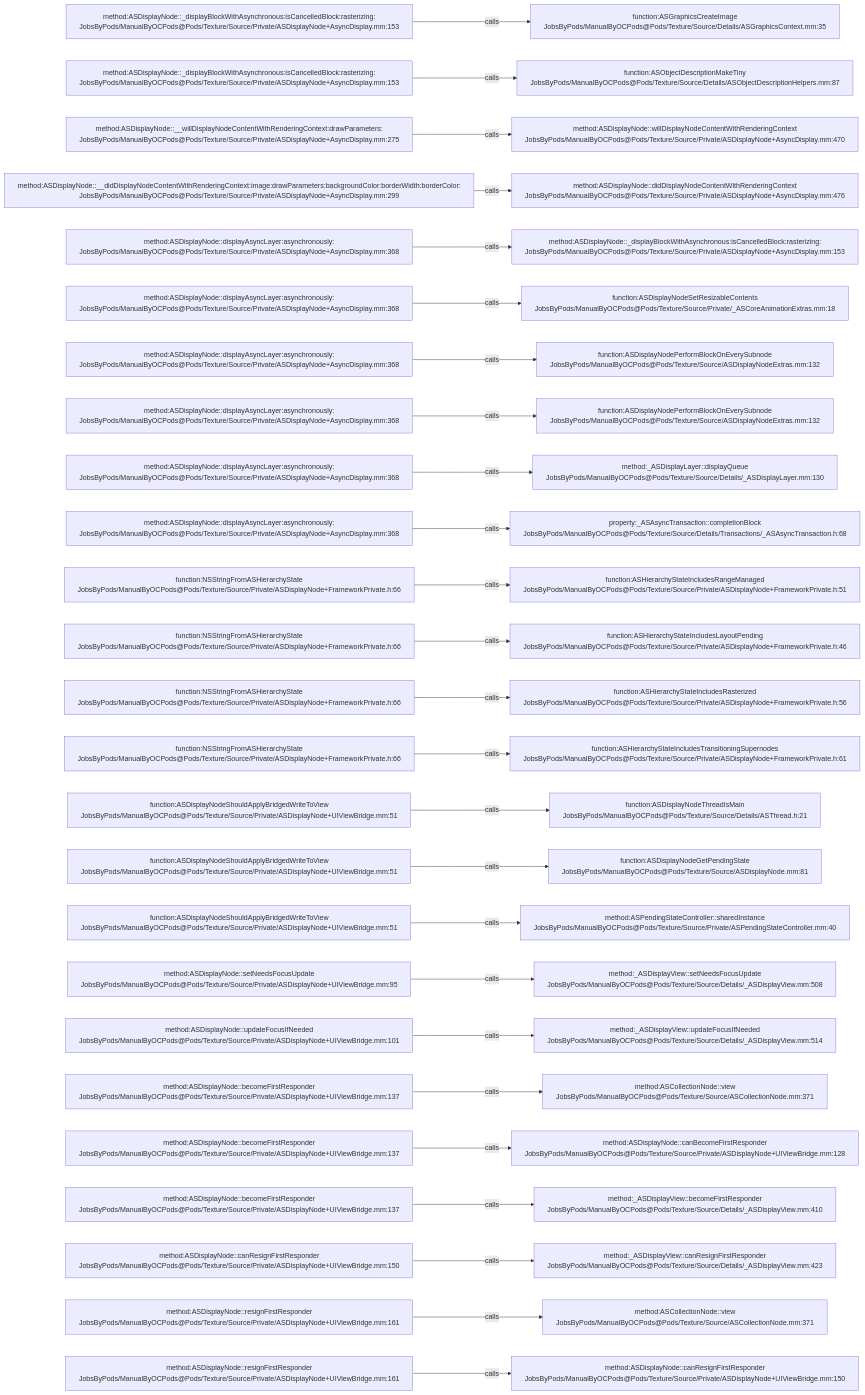
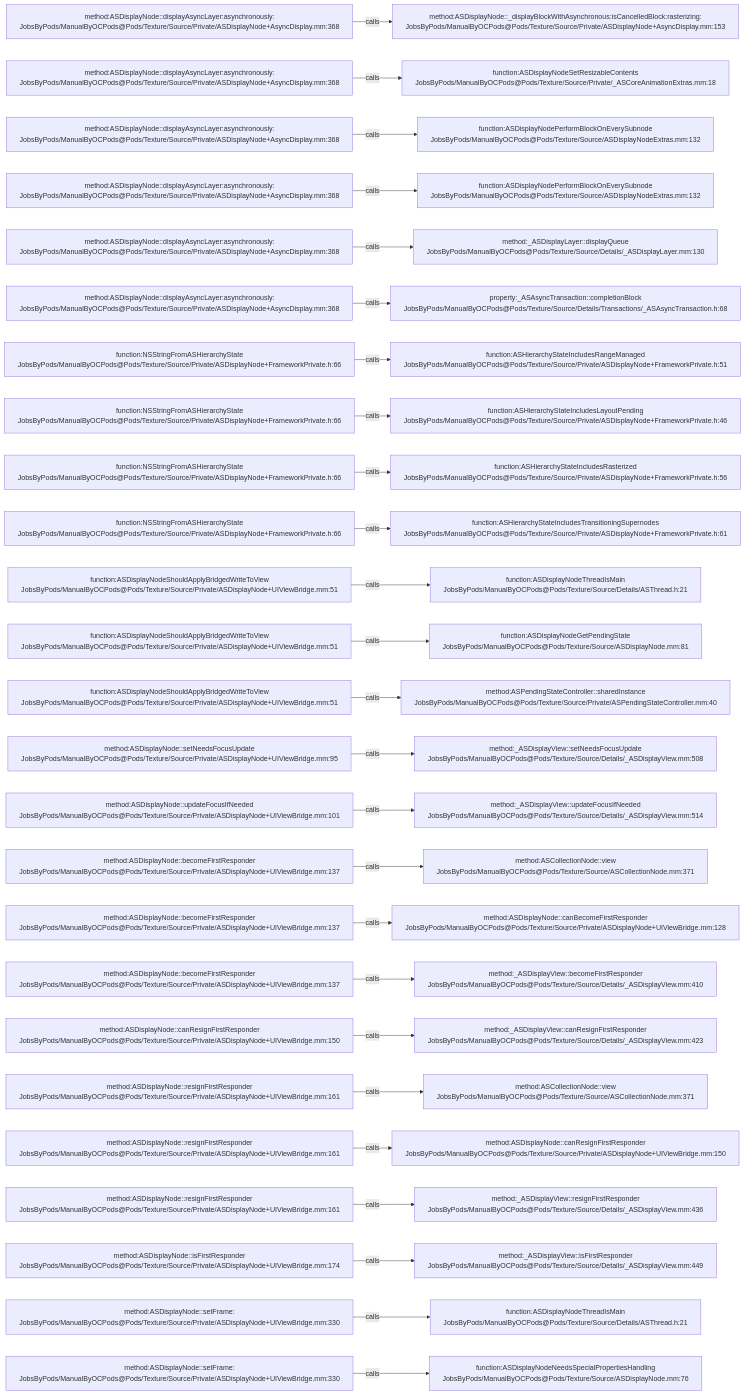
The diagram in .codegraph/codegraph.md/graphs/calls-185.md (JobsKits/JobsOCBaseConfigDemo), drawn with Mermaid before and after one commit. The commit also changed 727 other files, not shown here.

````diff
--- a/.codegraph/codegraph.md/graphs/calls-185.md
+++ b/.codegraph/codegraph.md/graphs/calls-185.md
@@ -13,78 +13,78 @@
 ```mermaid
 flowchart LR
-  S1["method:ASDisplayNode::_displayBlockWithAsynchronous:isCancelledBlock:rasterizing:<br/>JobsByPods/ManualByOCPods@Pods/Texture/Source/Private/ASDisplayNode+AsyncDisplay.mm:153"]
-  T1["function:ASGraphicsCreateImage<br/>JobsByPods/ManualByOCPods@Pods/Texture/Source/Details/ASGraphicsContext.mm:35"]
+  S1["method:ASDisplayNode::displayAsyncLayer:asynchronously:<br/>JobsByPods/ManualByOCPods@Pods/Texture/Source/Private/ASDisplayNode+AsyncDisplay.mm:368"]
+  T1["method:ASDisplayNode::_displayBlockWithAsynchronous:isCancelledBlock:rasterizing:<br/>JobsByPods/ManualByOCPods@Pods/Texture/Source/Private/ASDisplayNode+AsyncDisplay.mm:153"]
   S1 -->|calls| T1
-  S2["method:ASDisplayNode::_displayBlockWithAsynchronous:isCancelledBlock:rasterizing:<br/>JobsByPods/ManualByOCPods@Pods/Texture/Source/Private/ASDisplayNode+AsyncDisplay.mm:153"]
-  T2["function:ASObjectDescriptionMakeTiny<br/>JobsByPods/ManualByOCPods@Pods/Texture/Source/Details/ASObjectDescriptionHelpers.mm:87"]
+  S2["method:ASDisplayNode::displayAsyncLayer:asynchronously:<br/>JobsByPods/ManualByOCPods@Pods/Texture/Source/Private/ASDisplayNode+AsyncDisplay.mm:368"]
+  T2["function:ASDisplayNodeSetResizableContents<br/>JobsByPods/ManualByOCPods@Pods/Texture/Source/Private/_ASCoreAnimationExtras.mm:18"]
   S2 -->|calls| T2
-  S3["method:ASDisplayNode::__willDisplayNodeContentWithRenderingContext:drawParameters:<br/>JobsByPods/ManualByOCPods@Pods/Texture/Source/Private/ASDisplayNode+AsyncDisplay.mm:275"]
-  T3["method:ASDisplayNode::willDisplayNodeContentWithRenderingContext<br/>JobsByPods/ManualByOCPods@Pods/Texture/Source/Private/ASDisplayNode+AsyncDisplay.mm:470"]
+  S3["method:ASDisplayNode::displayAsyncLayer:asynchronously:<br/>JobsByPods/ManualByOCPods@Pods/Texture/Source/Private/ASDisplayNode+AsyncDisplay.mm:368"]
+  T3["function:ASDisplayNodePerformBlockOnEverySubnode<br/>JobsByPods/ManualByOCPods@Pods/Texture/Source/ASDisplayNodeExtras.mm:132"]
   S3 -->|calls| T3
-  S4["method:ASDisplayNode::__didDisplayNodeContentWithRenderingContext:image:drawParameters:backgroundColor:borderWidth:borderColor:<br/>JobsByPods/ManualByOCPods@Pods/Texture/Source/Private/ASDisplayNode+AsyncDisplay.mm:299"]
-  T4["method:ASDisplayNode::didDisplayNodeContentWithRenderingContext<br/>JobsByPods/ManualByOCPods@Pods/Texture/Source/Private/ASDisplayNode+AsyncDisplay.mm:476"]
+  S4["method:ASDisplayNode::displayAsyncLayer:asynchronously:<br/>JobsByPods/ManualByOCPods@Pods/Texture/Source/Private/ASDisplayNode+AsyncDisplay.mm:368"]
+  T4["function:ASDisplayNodePerformBlockOnEverySubnode<br/>JobsByPods/ManualByOCPods@Pods/Texture/Source/ASDisplayNodeExtras.mm:132"]
   S4 -->|calls| T4
   S5["method:ASDisplayNode::displayAsyncLayer:asynchronously:<br/>JobsByPods/ManualByOCPods@Pods/Texture/Source/Private/ASDisplayNode+AsyncDisplay.mm:368"]
-  T5["method:ASDisplayNode::_displayBlockWithAsynchronous:isCancelledBlock:rasterizing:<br/>JobsByPods/ManualByOCPods@Pods/Texture/Source/Private/ASDisplayNode+AsyncDisplay.mm:153"]
+  T5["method:_ASDisplayLayer::displayQueue<br/>JobsByPods/ManualByOCPods@Pods/Texture/Source/Details/_ASDisplayLayer.mm:130"]
   S5 -->|calls| T5
   S6["method:ASDisplayNode::displayAsyncLayer:asynchronously:<br/>JobsByPods/ManualByOCPods@Pods/Texture/Source/Private/ASDisplayNode+AsyncDisplay.mm:368"]
-  T6["function:ASDisplayNodeSetResizableContents<br/>JobsByPods/ManualByOCPods@Pods/Texture/Source/Private/_ASCoreAnimationExtras.mm:18"]
+  T6["property:_ASAsyncTransaction::completionBlock<br/>JobsByPods/ManualByOCPods@Pods/Texture/Source/Details/Transactions/_ASAsyncTransaction.h:68"]
   S6 -->|calls| T6
-  S7["method:ASDisplayNode::displayAsyncLayer:asynchronously:<br/>JobsByPods/ManualByOCPods@Pods/Texture/Source/Private/ASDisplayNode+AsyncDisplay.mm:368"]
-  T7["function:ASDisplayNodePerformBlockOnEverySubnode<br/>JobsByPods/ManualByOCPods@Pods/Texture/Source/ASDisplayNodeExtras.mm:132"]
+  S7["function:NSStringFromASHierarchyState<br/>JobsByPods/ManualByOCPods@Pods/Texture/Source/Private/ASDisplayNode+FrameworkPrivate.h:66"]
+  T7["function:ASHierarchyStateIncludesRangeManaged<br/>JobsByPods/ManualByOCPods@Pods/Texture/Source/Private/ASDisplayNode+FrameworkPrivate.h:51"]
   S7 -->|calls| T7
-  S8["method:ASDisplayNode::displayAsyncLayer:asynchronously:<br/>JobsByPods/ManualByOCPods@Pods/Texture/Source/Private/ASDisplayNode+AsyncDisplay.mm:368"]
-  T8["function:ASDisplayNodePerformBlockOnEverySubnode<br/>JobsByPods/ManualByOCPods@Pods/Texture/Source/ASDisplayNodeExtras.mm:132"]
+  S8["function:NSStringFromASHierarchyState<br/>JobsByPods/ManualByOCPods@Pods/Texture/Source/Private/ASDisplayNode+FrameworkPrivate.h:66"]
+  T8["function:ASHierarchyStateIncludesLayoutPending<br/>JobsByPods/ManualByOCPods@Pods/Texture/Source/Private/ASDisplayNode+FrameworkPrivate.h:46"]
   S8 -->|calls| T8
-  S9["method:ASDisplayNode::displayAsyncLayer:asynchronously:<br/>JobsByPods/ManualByOCPods@Pods/Texture/Source/Private/ASDisplayNode+AsyncDisplay.mm:368"]
-  T9["method:_ASDisplayLayer::displayQueue<br/>JobsByPods/ManualByOCPods@Pods/Texture/Source/Details/_ASDisplayLayer.mm:130"]
+  S9["function:NSStringFromASHierarchyState<br/>JobsByPods/ManualByOCPods@Pods/Texture/Source/Private/ASDisplayNode+FrameworkPrivate.h:66"]
+  T9["function:ASHierarchyStateIncludesRasterized<br/>JobsByPods/ManualByOCPods@Pods/Texture/Source/Private/ASDisplayNode+FrameworkPrivate.h:56"]
   S9 -->|calls| T9
-  S10["method:ASDisplayNode::displayAsyncLayer:asynchronously:<br/>JobsByPods/ManualByOCPods@Pods/Texture/Source/Private/ASDisplayNode+AsyncDisplay.mm:368"]
-  T10["property:_ASAsyncTransaction::completionBlock<br/>JobsByPods/ManualByOCPods@Pods/Texture/Source/Details/Transactions/_ASAsyncTransaction.h:68"]
+  S10["function:NSStringFromASHierarchyState<br/>JobsByPods/ManualByOCPods@Pods/Texture/Source/Private/ASDisplayNode+FrameworkPrivate.h:66"]
+  T10["function:ASHierarchyStateIncludesTransitioningSupernodes<br/>JobsByPods/ManualByOCPods@Pods/Texture/Source/Private/ASDisplayNode+FrameworkPrivate.h:61"]
   S10 -->|calls| T10
-  S11["function:NSStringFromASHierarchyState<br/>JobsByPods/ManualByOCPods@Pods/Texture/Source/Private/ASDisplayNode+FrameworkPrivate.h:66"]
-  T11["function:ASHierarchyStateIncludesRangeManaged<br/>JobsByPods/ManualByOCPods@Pods/Texture/Source/Private/ASDisplayNode+FrameworkPrivate.h:51"]
+  S11["function:ASDisplayNodeShouldApplyBridgedWriteToView<br/>JobsByPods/ManualByOCPods@Pods/Texture/Source/Private/ASDisplayNode+UIViewBridge.mm:51"]
+  T11["function:ASDisplayNodeThreadIsMain<br/>JobsByPods/ManualByOCPods@Pods/Texture/Source/Details/ASThread.h:21"]
   S11 -->|calls| T11
-  S12["function:NSStringFromASHierarchyState<br/>JobsByPods/ManualByOCPods@Pods/Texture/Source/Private/ASDisplayNode+FrameworkPrivate.h:66"]
-  T12["function:ASHierarchyStateIncludesLayoutPending<br/>JobsByPods/ManualByOCPods@Pods/Texture/Source/Private/ASDisplayNode+FrameworkPrivate.h:46"]
+  S12["function:ASDisplayNodeShouldApplyBridgedWriteToView<br/>JobsByPods/ManualByOCPods@Pods/Texture/Source/Private/ASDisplayNode+UIViewBridge.mm:51"]
+  T12["function:ASDisplayNodeGetPendingState<br/>JobsByPods/ManualByOCPods@Pods/Texture/Source/ASDisplayNode.mm:81"]
   S12 -->|calls| T12
-  S13["function:NSStringFromASHierarchyState<br/>JobsByPods/ManualByOCPods@Pods/Texture/Source/Private/ASDisplayNode+FrameworkPrivate.h:66"]
-  T13["function:ASHierarchyStateIncludesRasterized<br/>JobsByPods/ManualByOCPods@Pods/Texture/Source/Private/ASDisplayNode+FrameworkPrivate.h:56"]
+  S13["function:ASDisplayNodeShouldApplyBridgedWriteToView<br/>JobsByPods/ManualByOCPods@Pods/Texture/Source/Private/ASDisplayNode+UIViewBridge.mm:51"]
+  T13["method:ASPendingStateController::sharedInstance<br/>JobsByPods/ManualByOCPods@Pods/Texture/Source/Private/ASPendingStateController.mm:40"]
   S13 -->|calls| T13
-  S14["function:NSStringFromASHierarchyState<br/>JobsByPods/ManualByOCPods@Pods/Texture/Source/Private/ASDisplayNode+FrameworkPrivate.h:66"]
-  T14["function:ASHierarchyStateIncludesTransitioningSupernodes<br/>JobsByPods/ManualByOCPods@Pods/Texture/Source/Private/ASDisplayNode+FrameworkPrivate.h:61"]
+  S14["method:ASDisplayNode::setNeedsFocusUpdate<br/>JobsByPods/ManualByOCPods@Pods/Texture/Source/Private/ASDisplayNode+UIViewBridge.mm:95"]
+  T14["method:_ASDisplayView::setNeedsFocusUpdate<br/>JobsByPods/ManualByOCPods@Pods/Texture/Source/Details/_ASDisplayView.mm:508"]
   S14 -->|calls| T14
-  S15["function:ASDisplayNodeShouldApplyBridgedWriteToView<br/>JobsByPods/ManualByOCPods@Pods/Texture/Source/Private/ASDisplayNode+UIViewBridge.mm:51"]
-  T15["function:ASDisplayNodeThreadIsMain<br/>JobsByPods/ManualByOCPods@Pods/Texture/Source/Details/ASThread.h:21"]
+  S15["method:ASDisplayNode::updateFocusIfNeeded<br/>JobsByPods/ManualByOCPods@Pods/Texture/Source/Private/ASDisplayNode+UIViewBridge.mm:101"]
+  T15["method:_ASDisplayView::updateFocusIfNeeded<br/>JobsByPods/ManualByOCPods@Pods/Texture/Source/Details/_ASDisplayView.mm:514"]
   S15 -->|calls| T15
-  S16["function:ASDisplayNodeShouldApplyBridgedWriteToView<br/>JobsByPods/ManualByOCPods@Pods/Texture/Source/Private/ASDisplayNode+UIViewBridge.mm:51"]
-  T16["function:ASDisplayNodeGetPendingState<br/>JobsByPods/ManualByOCPods@Pods/Texture/Source/ASDisplayNode.mm:81"]
+  S16["method:ASDisplayNode::becomeFirstResponder<br/>JobsByPods/ManualByOCPods@Pods/Texture/Source/Private/ASDisplayNode+UIViewBridge.mm:137"]
+  T16["method:ASCollectionNode::view<br/>JobsByPods/ManualByOCPods@Pods/Texture/Source/ASCollectionNode.mm:371"]
   S16 -->|calls| T16
-  S17["function:ASDisplayNodeShouldApplyBridgedWriteToView<br/>JobsByPods/ManualByOCPods@Pods/Texture/Source/Private/ASDisplayNode+UIViewBridge.mm:51"]
-  T17["method:ASPendingStateController::sharedInstance<br/>JobsByPods/ManualByOCPods@Pods/Texture/Source/Private/ASPendingStateController.mm:40"]
+  S17["method:ASDisplayNode::becomeFirstResponder<br/>JobsByPods/ManualByOCPods@Pods/Texture/Source/Private/ASDisplayNode+UIViewBridge.mm:137"]
+  T17["method:ASDisplayNode::canBecomeFirstResponder<br/>JobsByPods/ManualByOCPods@Pods/Texture/Source/Private/ASDisplayNode+UIViewBridge.mm:128"]
   S17 -->|calls| T17
-  S18["method:ASDisplayNode::setNeedsFocusUpdate<br/>JobsByPods/ManualByOCPods@Pods/Texture/Source/Private/ASDisplayNode+UIViewBridge.mm:95"]
-  T18["method:_ASDisplayView::setNeedsFocusUpdate<br/>JobsByPods/ManualByOCPods@Pods/Texture/Source/Details/_ASDisplayView.mm:508"]
+  S18["method:ASDisplayNode::becomeFirstResponder<br/>JobsByPods/ManualByOCPods@Pods/Texture/Source/Private/ASDisplayNode+UIViewBridge.mm:137"]
+  T18["method:_ASDisplayView::becomeFirstResponder<br/>JobsByPods/ManualByOCPods@Pods/Texture/Source/Details/_ASDisplayView.mm:410"]
   S18 -->|calls| T18
-  S19["method:ASDisplayNode::updateFocusIfNeeded<br/>JobsByPods/ManualByOCPods@Pods/Texture/Source/Private/ASDisplayNode+UIViewBridge.mm:101"]
-  T19["method:_ASDisplayView::updateFocusIfNeeded<br/>JobsByPods/ManualByOCPods@Pods/Texture/Source/Details/_ASDisplayView.mm:514"]
+  S19["method:ASDisplayNode::canResignFirstResponder<br/>JobsByPods/ManualByOCPods@Pods/Texture/Source/Private/ASDisplayNode+UIViewBridge.mm:150"]
+  T19["method:_ASDisplayView::canResignFirstResponder<br/>JobsByPods/ManualByOCPods@Pods/Texture/Source/Details/_ASDisplayView.mm:423"]
   S19 -->|calls| T19
-  S20["method:ASDisplayNode::becomeFirstResponder<br/>JobsByPods/ManualByOCPods@Pods/Texture/Source/Private/ASDisplayNode+UIViewBridge.mm:137"]
+  S20["method:ASDisplayNode::resignFirstResponder<br/>JobsByPods/ManualByOCPods@Pods/Texture/Source/Private/ASDisplayNode+UIViewBridge.mm:161"]
   T20["method:ASCollectionNode::view<br/>JobsByPods/ManualByOCPods@Pods/Texture/Source/ASCollectionNode.mm:371"]
   S20 -->|calls| T20
-  S21["method:ASDisplayNode::becomeFirstResponder<br/>JobsByPods/ManualByOCPods@Pods/Texture/Source/Private/ASDisplayNode+UIViewBridge.mm:137"]
-  T21["method:ASDisplayNode::canBecomeFirstResponder<br/>JobsByPods/ManualByOCPods@Pods/Texture/Source/Private/ASDisplayNode+UIViewBridge.mm:128"]
+  S21["method:ASDisplayNode::resignFirstResponder<br/>JobsByPods/ManualByOCPods@Pods/Texture/Source/Private/ASDisplayNode+UIViewBridge.mm:161"]
+  T21["method:ASDisplayNode::canResignFirstResponder<br/>JobsByPods/ManualByOCPods@Pods/Texture/Source/Private/ASDisplayNode+UIViewBridge.mm:150"]
   S21 -->|calls| T21
-  S22["method:ASDisplayNode::becomeFirstResponder<br/>JobsByPods/ManualByOCPods@Pods/Texture/Source/Private/ASDisplayNode+UIViewBridge.mm:137"]
-  T22["method:_ASDisplayView::becomeFirstResponder<br/>JobsByPods/ManualByOCPods@Pods/Texture/Source/Details/_ASDisplayView.mm:410"]
+  S22["method:ASDisplayNode::resignFirstResponder<br/>JobsByPods/ManualByOCPods@Pods/Texture/Source/Private/ASDisplayNode+UIViewBridge.mm:161"]
+  T22["method:_ASDisplayView::resignFirstResponder<br/>JobsByPods/ManualByOCPods@Pods/Texture/Source/Details/_ASDisplayView.mm:436"]
   S22 -->|calls| T22
-  S23["method:ASDisplayNode::canResignFirstResponder<br/>JobsByPods/ManualByOCPods@Pods/Texture/Source/Private/ASDisplayNode+UIViewBridge.mm:150"]
-  T23["method:_ASDisplayView::canResignFirstResponder<br/>JobsByPods/ManualByOCPods@Pods/Texture/Source/Details/_ASDisplayView.mm:423"]
+  S23["method:ASDisplayNode::isFirstResponder<br/>JobsByPods/ManualByOCPods@Pods/Texture/Source/Private/ASDisplayNode+UIViewBridge.mm:174"]
+  T23["method:_ASDisplayView::isFirstResponder<br/>JobsByPods/ManualByOCPods@Pods/Texture/Source/Details/_ASDisplayView.mm:449"]
   S23 -->|calls| T23
-  S24["method:ASDisplayNode::resignFirstResponder<br/>JobsByPods/ManualByOCPods@Pods/Texture/Source/Private/ASDisplayNode+UIViewBridge.mm:161"]
-  T24["method:ASCollectionNode::view<br/>JobsByPods/ManualByOCPods@Pods/Texture/Source/ASCollectionNode.mm:371"]
+  S24["method:ASDisplayNode::setFrame:<br/>JobsByPods/ManualByOCPods@Pods/Texture/Source/Private/ASDisplayNode+UIViewBridge.mm:330"]
+  T24["function:ASDisplayNodeThreadIsMain<br/>JobsByPods/ManualByOCPods@Pods/Texture/Source/Details/ASThread.h:21"]
   S24 -->|calls| T24
-  S25["method:ASDisplayNode::resignFirstResponder<br/>JobsByPods/ManualByOCPods@Pods/Texture/Source/Private/ASDisplayNode+UIViewBridge.mm:161"]
-  T25["method:ASDisplayNode::canResignFirstResponder<br/>JobsByPods/ManualByOCPods@Pods/Texture/Source/Private/ASDisplayNode+UIViewBridge.mm:150"]
+  S25["method:ASDisplayNode::setFrame:<br/>JobsByPods/ManualByOCPods@Pods/Texture/Source/Private/ASDisplayNode+UIViewBridge.mm:330"]
+  T25["function:ASDisplayNodeNeedsSpecialPropertiesHandling<br/>JobsByPods/ManualByOCPods@Pods/Texture/Source/ASDisplayNode.mm:76"]
   S25 -->|calls| T25
 ```
````
